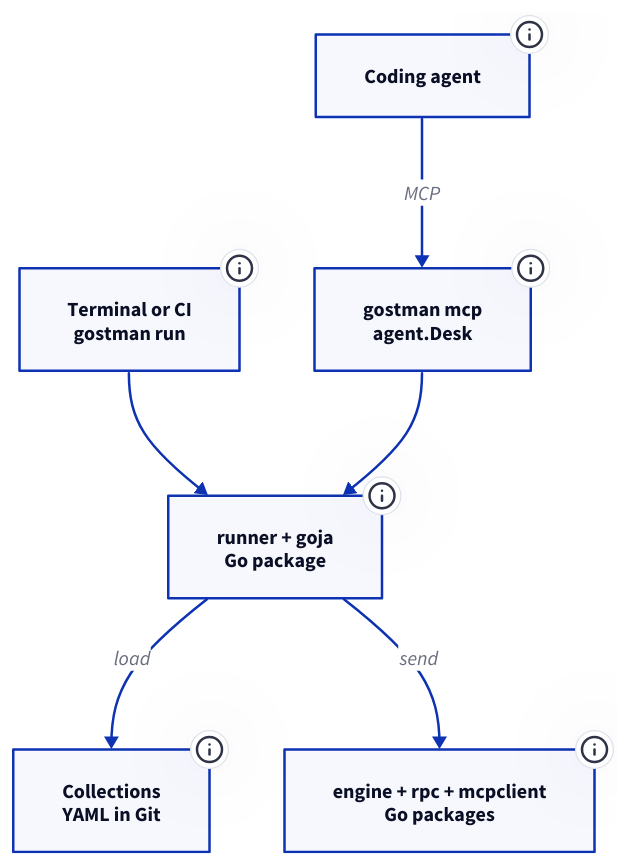
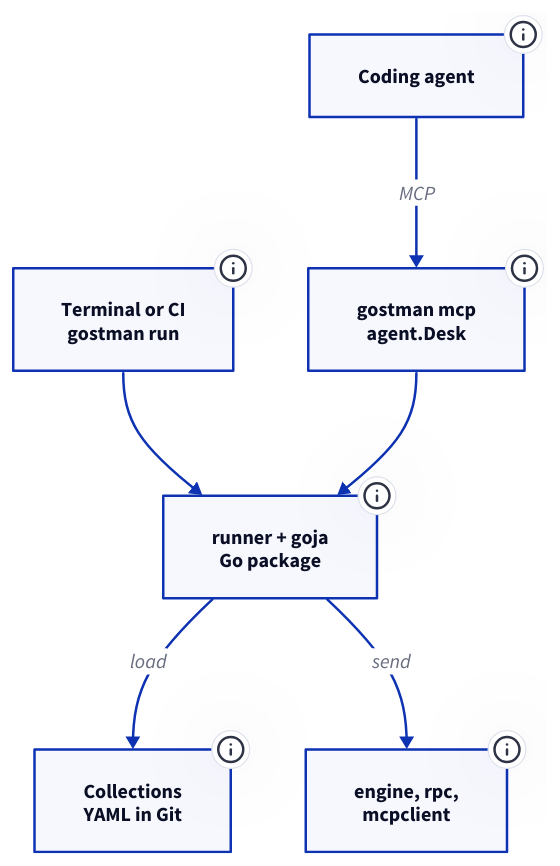
Before and after one commit to kunalgoesbyken/portfoliov1: the diagram in data/projects/diagrams/gostman-headless.d2, drawn with D2. The commit also changed 50 other files, not shown here.

First line of the commit message:
Fill the column with every architecture diagram

```diff
--- a/data/projects/diagrams/gostman-headless.d2
+++ b/data/projects/diagrams/gostman-headless.d2
@@ -1,35 +1,35 @@
 ci: Terminal or CI\ngostman run {
   class: client
   tooltip: "Runs the whole folder on every pull request. The command uses the Go runner package directly and writes a text, JUnit, JSON, HTML or Markdown report."
 }
 
 agent: Coding agent {
   class: model
   tooltip: "Claude Code, Codex or Cursor, connected over the Model Context Protocol. It sees request ids, names and responses with secret values replaced by their names."
 }
 
 mcp: gostman mcp\nagent.Desk {
   class: service
   tooltip: "Serves 17 tools such as send_request and run_folder over stdio or loopback HTTP with a bearer token, plus one tool per request tagged with --expose-tag. It wraps a runner session, fills secrets in only for hosts your own requests already call, and scrubs them from every reply."
 }
 
 runner: runner + goja\nGo package {
   class: service
   tooltip: "The Go runner package loads a collection, plans the run, and calls the bundled JavaScript inside goja for scripts, checks and extract rules. It sends through the engine, rpc or mcpclient and returns a report with an exit code."
 }
 
 files: Collections\nYAML in Git {
   class: store
   tooltip: "The same folder of YAML files the apps use. The runner loads it on every run, so the checks you built in the app are the ones CI runs."
 }
 
-engine: engine + rpc + mcpclient\nGo packages {
+engine: engine, rpc,\nmcpclient {
   class: service
   tooltip: "The same send code the apps use. The runner calls it for every request, and the agent's calls reach it through the same runner session."
 }
 
 ci -> runner
 agent -> mcp: MCP
 mcp -> runner
 runner -> files: load
 runner -> engine: send
```
